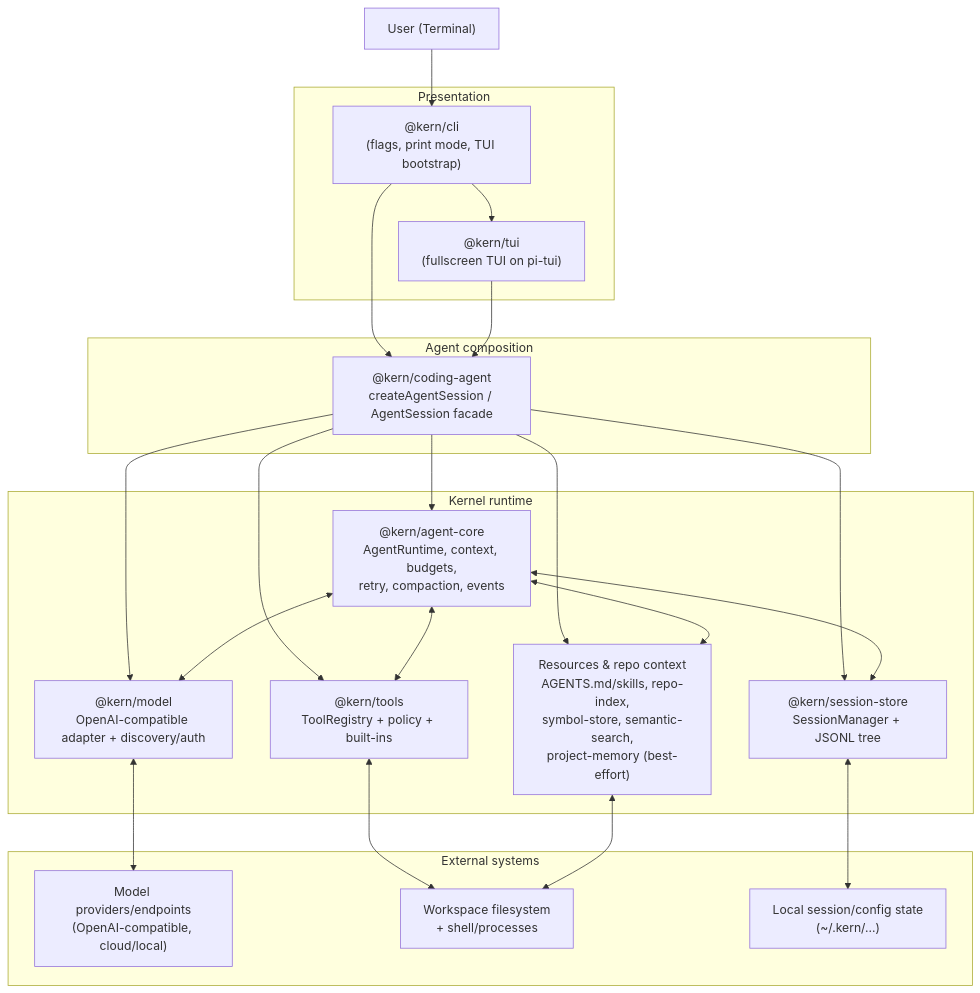
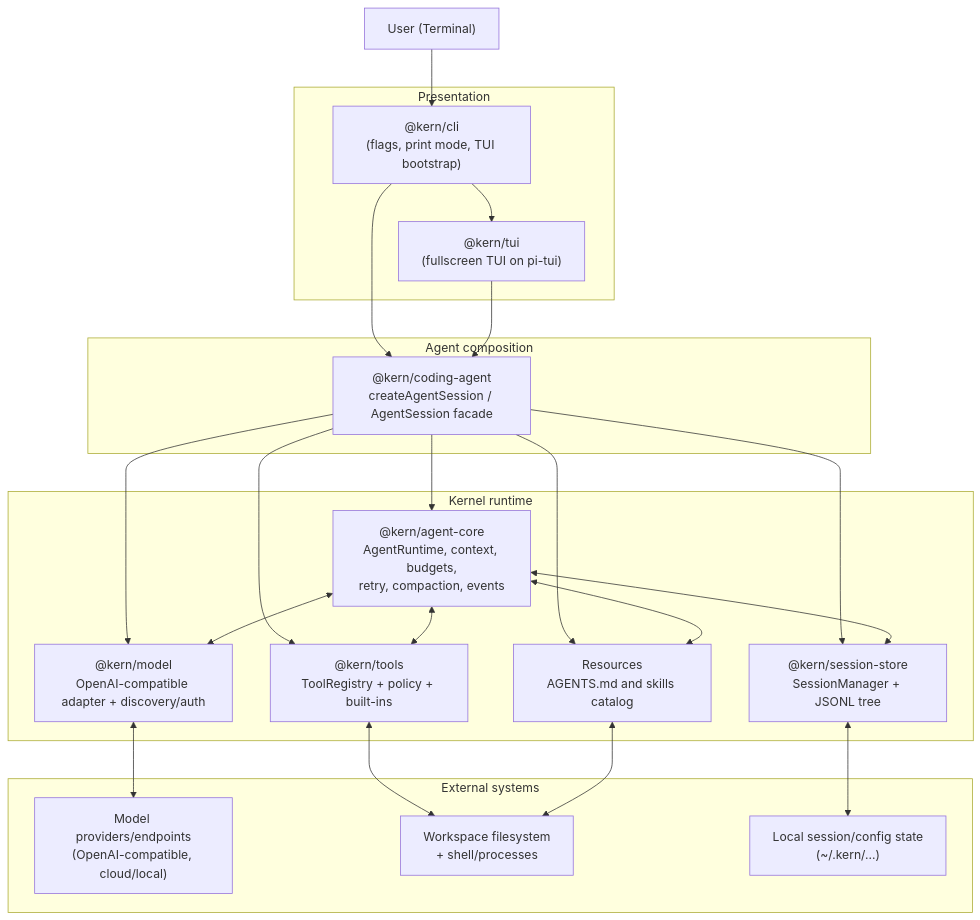
One commit to ajeetkbhardwaj/kern changed the first of 2 diagrams in README.md. Above: the diagram before and after it, drawn with Mermaid. The commit also changed other lines of this file and 71 other files, not shown here.

````diff
--- a/README.md
+++ b/README.md
@@ -70,48 +69,48 @@
 ```mermaid
 flowchart TB
     User["User (Terminal)"]
 
     subgraph UI["Presentation"]
       CLI["@kern/cli\n(flags, print mode, TUI bootstrap)"]
       TUI["@kern/tui\n(fullscreen TUI on pi-tui)"]
     end
 
     subgraph App["Agent composition"]
       CA["@kern/coding-agent\ncreateAgentSession / AgentSession facade"]
     end
 
     subgraph Runtime["Kernel runtime"]
       CORE["@kern/agent-core\nAgentRuntime, context, budgets,\nretry, compaction, events"]
       STORE["@kern/session-store\nSessionManager + JSONL tree"]
       TOOLS["@kern/tools\nToolRegistry + policy + built-ins"]
       MODEL["@kern/model\nOpenAI-compatible adapter + discovery/auth"]
-      RES["Resources & repo context\nAGENTS.md/skills, repo-index,\nsymbol-store, semantic-search,\nproject-memory (best-effort)"]
+      RES["Resources\nAGENTS.md and skills catalog"]
     end
 
     subgraph External["External systems"]
       PROVIDERS["Model providers/endpoints\n(OpenAI-compatible, cloud/local)"]
       FS["Workspace filesystem\n+ shell/processes"]
       DISK["Local session/config state\n(~/.kern/...)"]
     end
 
     User --> CLI
     CLI --> TUI
     CLI --> CA
     TUI --> CA
 
     CA --> CORE
     CA --> STORE
     CA --> TOOLS
     CA --> MODEL
     CA --> RES
 
     CORE <--> STORE
     CORE <--> TOOLS
     CORE <--> MODEL
     CORE <--> RES
 
     MODEL <--> PROVIDERS
     TOOLS <--> FS
     STORE <--> DISK
     RES <--> FS
 ```
````
